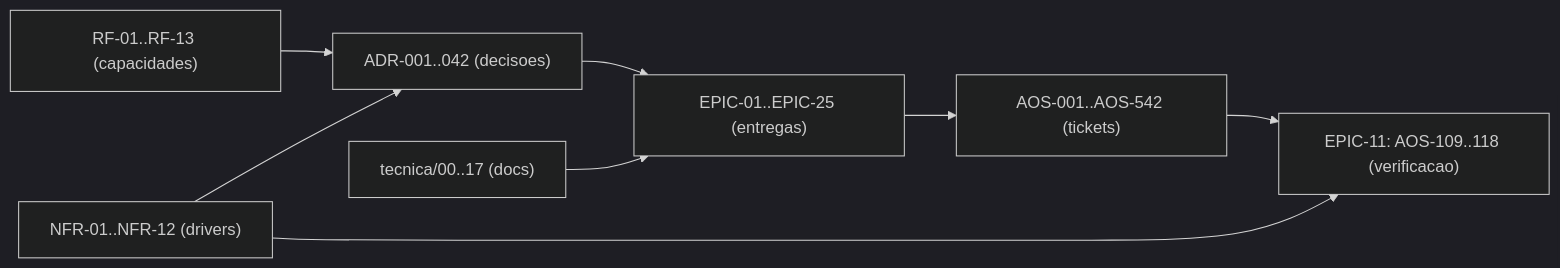
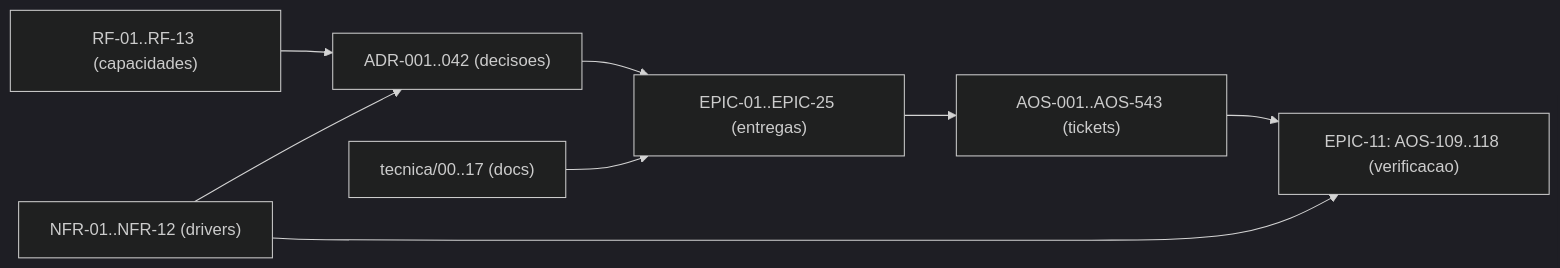
Before and after one commit to albinoJimy/aos: the diagram in tecnica/16_Rastreabilidade_RTM.md, drawn with Mermaid (dark theme). The commit also changed other lines of this file and 6 other files, not shown here.

````diff
--- a/tecnica/16_Rastreabilidade_RTM.md
+++ b/tecnica/16_Rastreabilidade_RTM.md
@@ -211,10 +211,10 @@
 ```mermaid
 flowchart LR
     RF["RF-01..RF-13 (capacidades)"] --> ADR["ADR-001..042 (decisoes)"]
     NFR["NFR-01..NFR-12 (drivers)"] --> ADR
     ADR --> EPIC["EPIC-01..EPIC-25 (entregas)"]
-    EPIC --> TICK["AOS-001..AOS-542 (tickets)"]
+    EPIC --> TICK["AOS-001..AOS-543 (tickets)"]
     DOC["tecnica/00..17 (docs)"] --> EPIC
     TICK --> TEST["EPIC-11: AOS-109..118 (verificacao)"]
     NFR --> TEST
 ```
````
